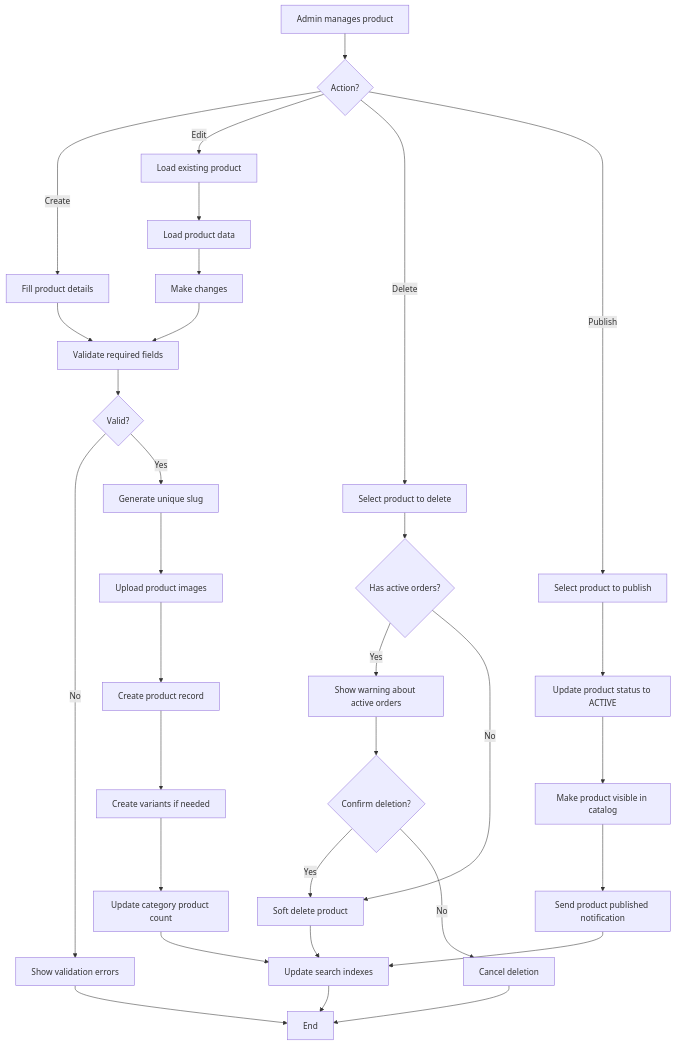
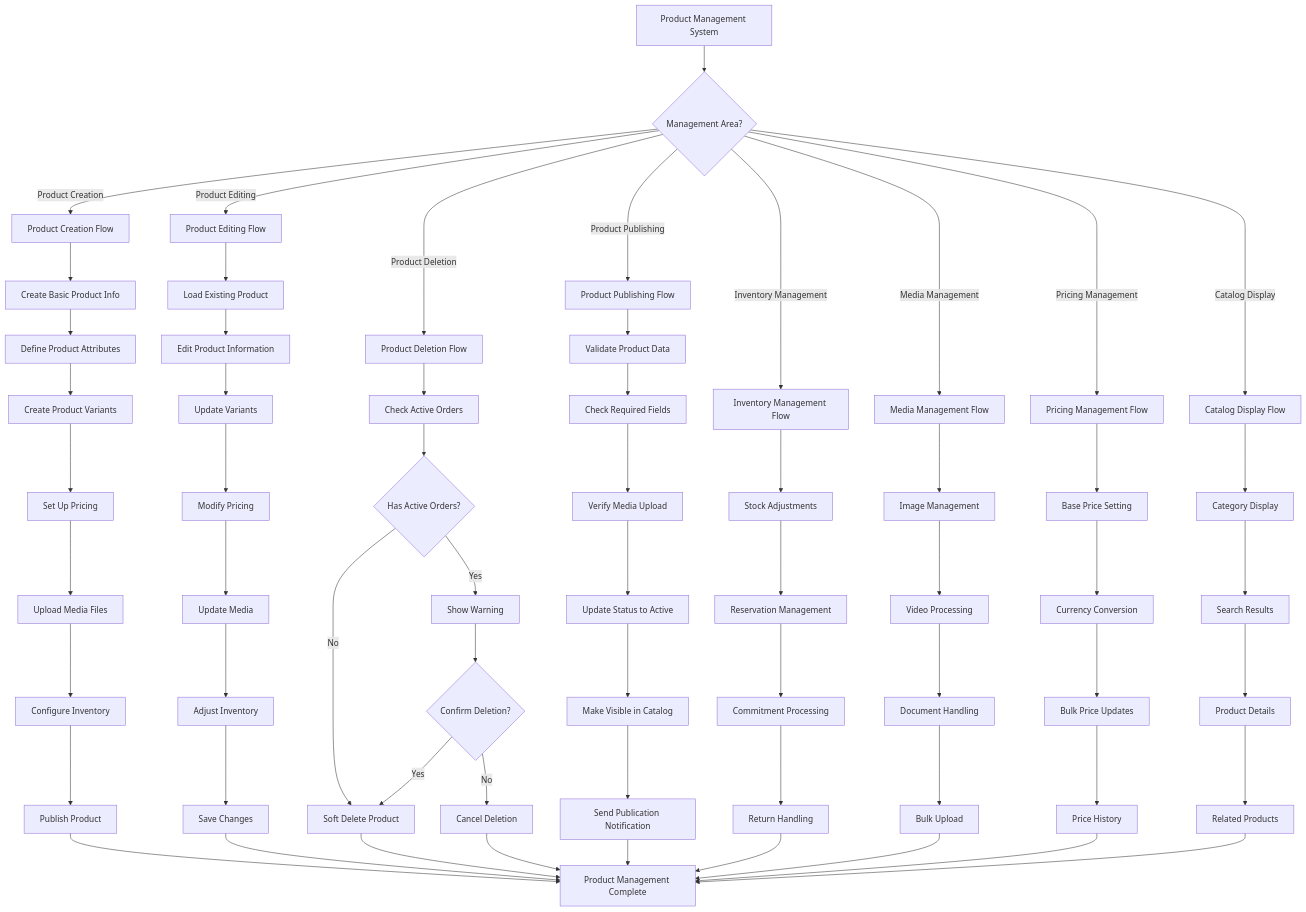
The diagram in docs/requirements/flows/products/product-management.mmd (mpro775/tagdod-project), drawn with Mermaid before and after one commit. The commit also changed 254 other files, not shown here.

```diff
--- a/docs/requirements/flows/products/product-management.mmd
+++ b/docs/requirements/flows/products/product-management.mmd
@@ -1,39 +1,79 @@
-%% Product Management Flow
+%% Product Management - High Level Overview
 %% View at https://mermaid.live
 flowchart TD
-  A[Admin manages product] --> B{Action?}
-  B -->|Create| C[Fill product details]
-  B -->|Edit| D[Load existing product]
-  B -->|Delete| E[Select product to delete]
-  B -->|Publish| F[Select product to publish]
+  A[Product Management System] --> B{Management Area?}
+  B -->|Product Creation| C[Product Creation Flow]
+  B -->|Product Editing| D[Product Editing Flow]
+  B -->|Product Deletion| E[Product Deletion Flow]
+  B -->|Product Publishing| F[Product Publishing Flow]
+  B -->|Inventory Management| G[Inventory Management Flow]
+  B -->|Media Management| H[Media Management Flow]
+  B -->|Pricing Management| I[Pricing Management Flow]
+  B -->|Catalog Display| J[Catalog Display Flow]
   
-  C --> G[Validate required fields]
-  G --> H{Valid?}
-  H -->|No| I[Show validation errors]
-  H -->|Yes| J[Generate unique slug]
-  J --> K[Upload product images]
-  K --> L[Create product record]
-  L --> M[Create variants if needed]
-  M --> N[Update category product count]
+  %% Product Creation
+  C --> C1[Create Basic Product Info]
+  C1 --> C2[Define Product Attributes]
+  C2 --> C3[Create Product Variants]
+  C3 --> C4[Set Up Pricing]
+  C4 --> C5[Upload Media Files]
+  C5 --> C6[Configure Inventory]
+  C6 --> C7[Publish Product]
   
-  D --> O[Load product data]
-  O --> P[Make changes]
-  P --> G
+  %% Product Editing
+  D --> D1[Load Existing Product]
+  D1 --> D2[Edit Product Information]
+  D2 --> D3[Update Variants]
+  D3 --> D4[Modify Pricing]
+  D4 --> D5[Update Media]
+  D5 --> D6[Adjust Inventory]
+  D6 --> D7[Save Changes]
   
-  E --> Q{Has active orders?}
-  Q -->|Yes| R[Show warning about active orders]
-  Q -->|No| S[Soft delete product]
-  R --> T{Confirm deletion?}
-  T -->|Yes| S
-  T -->|No| U[Cancel deletion]
+  %% Product Deletion
+  E --> E1[Check Active Orders]
+  E1 --> E2{Has Active Orders?}
+  E2 -->|Yes| E3[Show Warning]
+  E2 -->|No| E4[Soft Delete Product]
+  E3 --> E5{Confirm Deletion?}
+  E5 -->|Yes| E4
+  E5 -->|No| E6[Cancel Deletion]
   
-  F --> V[Update product status to ACTIVE]
-  V --> W[Make product visible in catalog]
-  W --> X[Send product published notification]
+  %% Product Publishing
+  F --> F1[Validate Product Data]
+  F1 --> F2[Check Required Fields]
+  F2 --> F3[Verify Media Upload]
+  F3 --> F4[Update Status to Active]
+  F4 --> F5[Make Visible in Catalog]
+  F5 --> F6[Send Publication Notification]
   
-  N --> Y[Update search indexes]
-  S --> Y
-  X --> Y
-  Y --> Z[End]
-  I --> Z
-  U --> Z
+  %% Integration Points
+  G --> G1[Stock Adjustments]
+  G1 --> G2[Reservation Management]
+  G2 --> G3[Commitment Processing]
+  G3 --> G4[Return Handling]
+  
+  H --> H1[Image Management]
+  H1 --> H2[Video Processing]
+  H2 --> H3[Document Handling]
+  H3 --> H4[Bulk Upload]
+  
+  I --> I1[Base Price Setting]
+  I1 --> I2[Currency Conversion]
+  I2 --> I3[Bulk Price Updates]
+  I3 --> I4[Price History]
+  
+  J --> J1[Category Display]
+  J1 --> J2[Search Results]
+  J2 --> J3[Product Details]
+  J3 --> J4[Related Products]
+  
+  %% End points
+  C7 --> Z[Product Management Complete]
+  D7 --> Z
+  E4 --> Z
+  E6 --> Z
+  F6 --> Z
+  G4 --> Z
+  H4 --> Z
+  I4 --> Z
+  J4 --> Z
```
